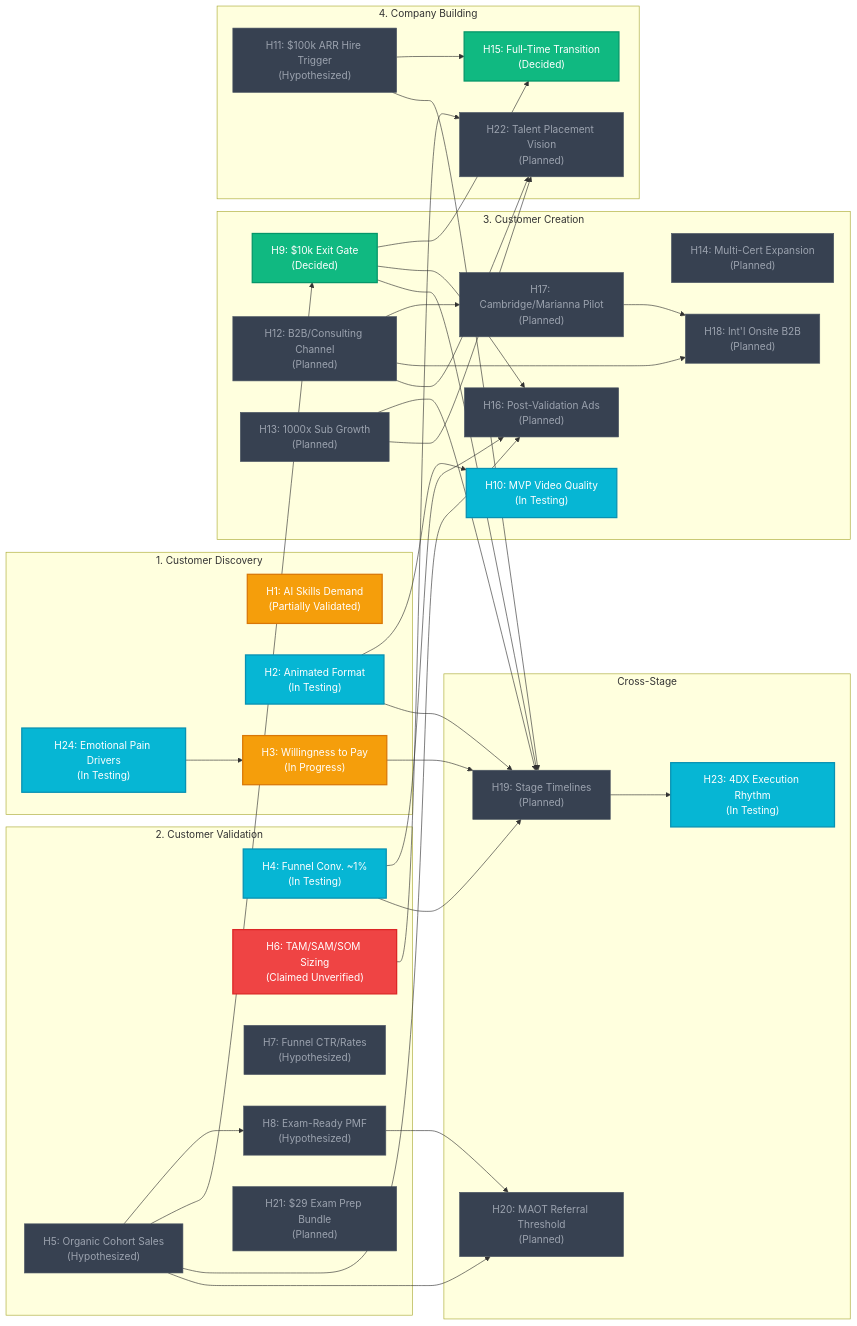
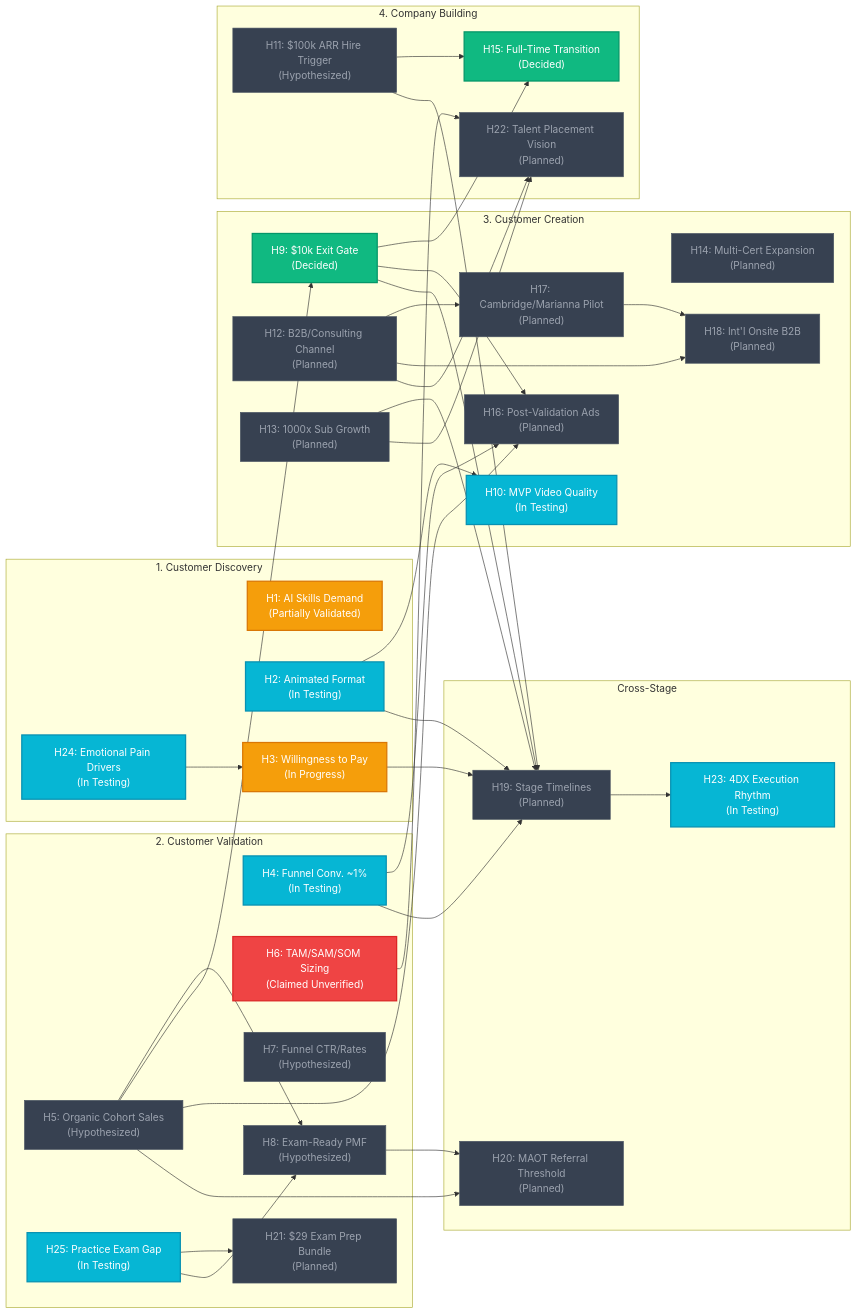
Before and after one commit to rifaterdemsahin/AI-Certification-Customer-Development: the diagram in HYPOTHESIS.md, drawn with Mermaid. The commit also changed other lines of this file and 6 other files, not shown here.

First line of the commit message:
Add H25 practice-exam gap hypothesis, publish confidence report v1.7.0

````diff
--- a/HYPOTHESIS.md
+++ b/HYPOTHESIS.md
@@ -9,74 +9,77 @@
 ```mermaid
 flowchart LR
     %% Styles
     classDef validated fill:#10b981,stroke:#059669,stroke-width:2px,color:#fff;
     classDef testing fill:#06b6d4,stroke:#0891b2,stroke-width:2px,color:#fff;
     classDef progress fill:#f59e0b,stroke:#d97706,stroke-width:2px,color:#fff;
     classDef unverified fill:#ef4444,stroke:#dc2626,stroke-width:2px,color:#fff;
     classDef planned fill:#374151,stroke:#4b5563,stroke-width:1px,color:#9ca3af;
 
     subgraph Discovery ["1. Customer Discovery"]
         H1["H1: AI Skills Demand<br>(Partially Validated)"]:::progress
         H2["H2: Animated Format<br>(In Testing)"]:::testing
         H3["H3: Willingness to Pay<br>(In Progress)"]:::progress
         H24["H24: Emotional Pain Drivers<br>(In Testing)"]:::testing
     end
 
     subgraph Validation ["2. Customer Validation"]
         H4["H4: Funnel Conv. ~1%<br>(In Testing)"]:::testing
         H5["H5: Organic Cohort Sales<br>(Hypothesized)"]:::planned
         H6["H6: TAM/SAM/SOM Sizing<br>(Claimed Unverified)"]:::unverified
         H7["H7: Funnel CTR/Rates<br>(Hypothesized)"]:::planned
         H8["H8: Exam-Ready PMF<br>(Hypothesized)"]:::planned
         H21["H21: $29 Exam Prep Bundle<br>(Planned)"]:::planned
+        H25["H25: Practice Exam Gap<br>(In Testing)"]:::testing
     end
 
     subgraph Creation ["3. Customer Creation"]
         H9["H9: $10k Exit Gate<br>(Decided)"]:::validated
         H10["H10: MVP Video Quality<br>(In Testing)"]:::testing
         H12["H12: B2B/Consulting Channel<br>(Planned)"]:::planned
         H13["H13: 1000x Sub Growth<br>(Planned)"]:::planned
         H14["H14: Multi-Cert Expansion<br>(Planned)"]:::planned
         H16["H16: Post-Validation Ads<br>(Planned)"]:::planned
         H17["H17: Cambridge/Marianna Pilot<br>(Planned)"]:::planned
         H18["H18: Int'l Onsite B2B<br>(Planned)"]:::planned
     end
 
     subgraph Building ["4. Company Building"]
         H11["H11: $100k ARR Hire Trigger<br>(Hypothesized)"]:::planned
         H15["H15: Full-Time Transition<br>(Decided)"]:::validated
         H22["H22: Talent Placement Vision<br>(Planned)"]:::planned
     end
 
     subgraph CrossStage ["Cross-Stage"]
         H19["H19: Stage Timelines<br>(Planned)"]:::planned
         H20["H20: MAOT Referral Threshold<br>(Planned)"]:::planned
         H23["H23: 4DX Execution Rhythm<br>(In Testing)"]:::testing
     end
 
     %% Dependencies
     H2 --> H10
     H2 --> H19
     H3 --> H19
     H24 --> H3
     H4 --> H16
     H4 --> H19
     H5 --> H8
     H5 --> H9
     H5 --> H16
     H9 --> H15
     H9 --> H16
     H9 --> H19
     H11 --> H15
     H11 --> H19
     H12 --> H17
     H12 --> H18
     H13 --> H19
     H17 --> H18
     H5 --> H20
     H8 --> H20
     H12 --> H22
     H6 --> H22
     H13 --> H22
     H19 --> H23
+    H25 --> H21
+    H25 --> H8
 ```
````
